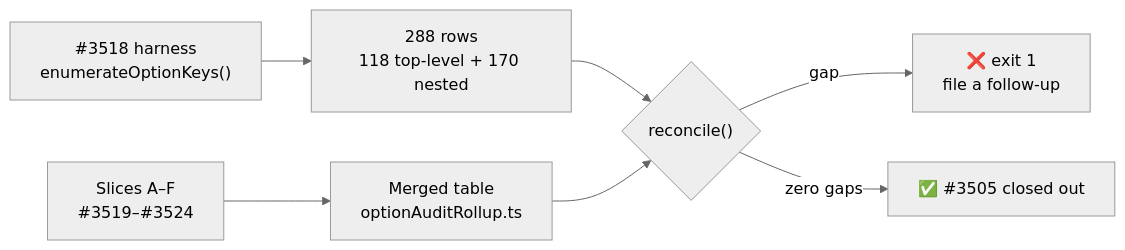
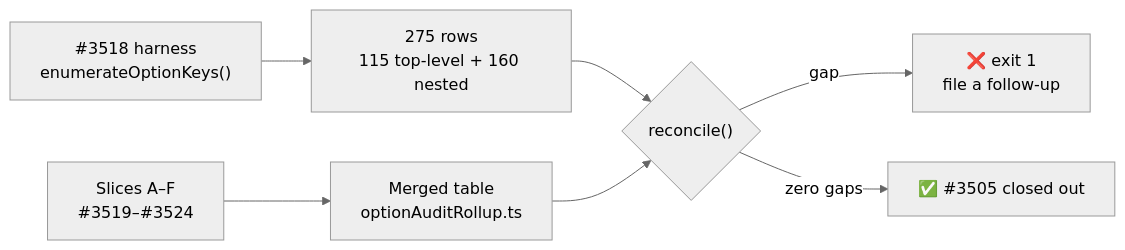
The first of 2 diagrams in docs/OPTION_AUDIT_CONSOLIDATED.md (stSoftwareAU/NEAT-AI), drawn with Mermaid (neutral theme) before and after one commit. The commit also changed other lines of this file and 17 other files, not shown here.

````diff
--- a/docs/OPTION_AUDIT_CONSOLIDATED.md
+++ b/docs/OPTION_AUDIT_CONSOLIDATED.md
@@ -43,9 +43,9 @@
 ```mermaid
 flowchart LR
-    H["#3518 harness<br/>enumerateOptionKeys()"] --> INV["288 rows<br/>118 top-level + 170 nested"]
+    H["#3518 harness<br/>enumerateOptionKeys()"] --> INV["275 rows<br/>115 top-level + 160 nested"]
     A["Slices A–F<br/>#3519–#3524"] --> TAB["Merged table<br/>optionAuditRollup.ts"]
     INV --> REC{"reconcile()"}
     TAB --> REC
     REC -->|"gap"| GAP["❌ exit 1<br/>file a follow-up"]
     REC -->|"zero gaps"| OK["✅ #3505 closed out"]
 ```
````
